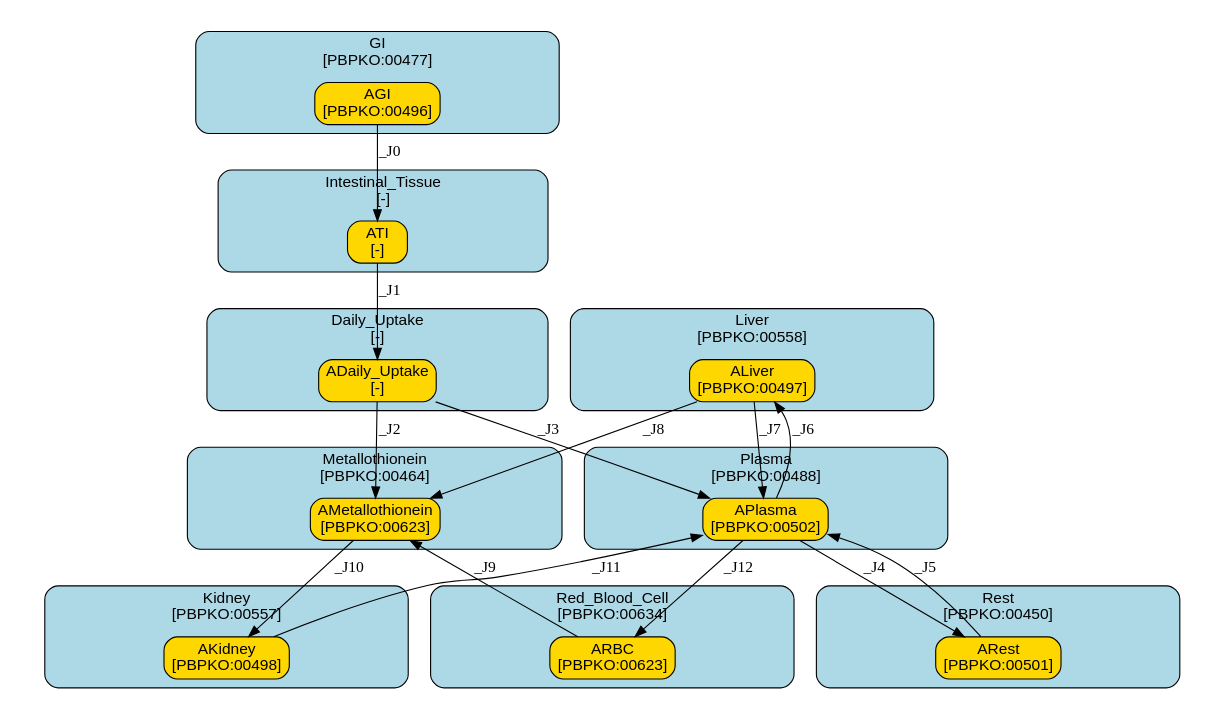
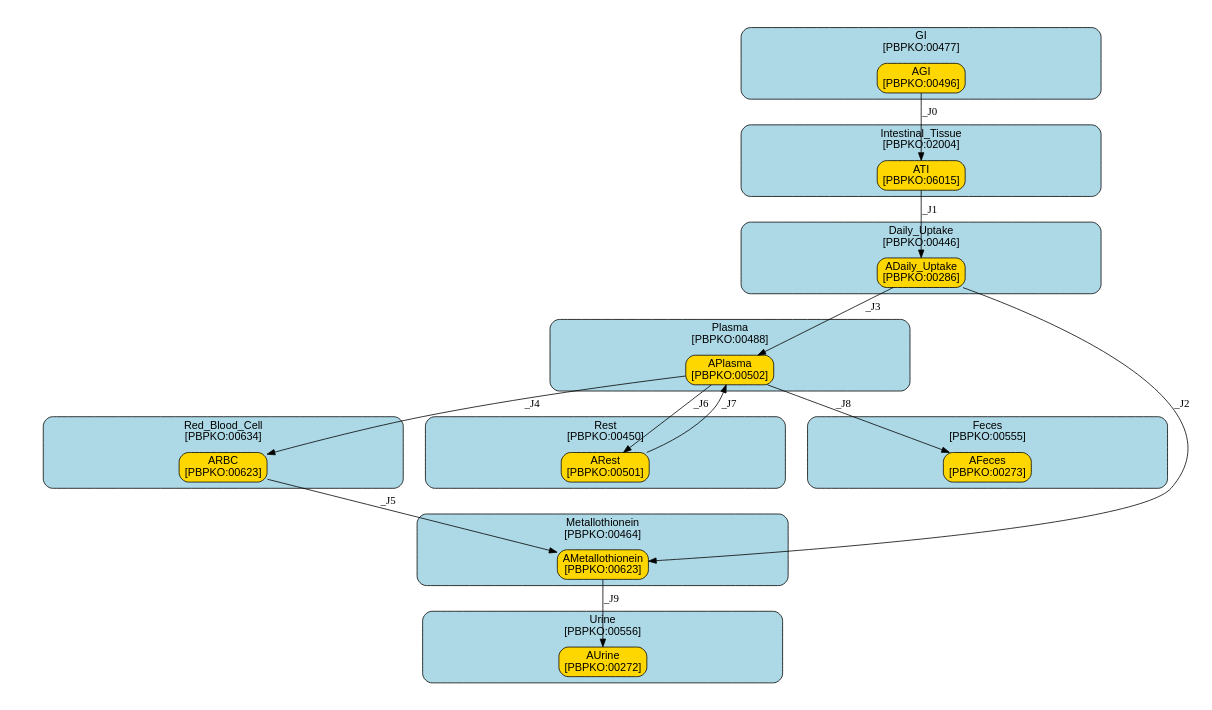
Before and after one commit to fair-pbk/exposure-route-pbk-models: the diagram in models/oral/Heavy Metals/KjellstromNordberg1978/summary.dot, drawn with Graphviz. The commit also changed 174 other files, not shown here.

```diff
--- a/models/oral/Heavy Metals/KjellstromNordberg1978/summary.dot
+++ b/models/oral/Heavy Metals/KjellstromNordberg1978/summary.dot
@@ -1,182 +1,181 @@
 digraph {
 	graph [ratio=fill,
 		size="7,4"
 	];
 	node [fontname=Arial];
 	subgraph cluster_GI {
 		graph [color=black,
 			fillcolor=lightblue,
 			fontname=Arial,
 			href="#compartment-GI",
 			label="GI
 [PBPKO:00477]",
 			shape=box,
 			style="filled,rounded"
 		];
 		AGI	[color=black,
 			fillcolor=gold,
 			href="#species-AGI",
 			label="AGI
 [PBPKO:00496]",
 			shape=box,
 			style="filled,rounded"];
 	}
 	subgraph cluster_Intestinal_Tissue {
 		graph [color=black,
 			fillcolor=lightblue,
 			fontname=Arial,
 			href="#compartment-Intestinal_Tissue",
 			label="Intestinal_Tissue
-[-]",
+[PBPKO:02004]",
 			shape=box,
 			style="filled,rounded"
 		];
 		ATI	[color=black,
 			fillcolor=gold,
 			href="#species-ATI",
 			label="ATI
-[-]",
-			shape=box,
-			style="filled,rounded"];
-	}
-	subgraph cluster_Liver {
-		graph [color=black,
-			fillcolor=lightblue,
-			fontname=Arial,
-			href="#compartment-Liver",
-			label="Liver
-[PBPKO:00558]",
-			shape=box,
-			style="filled,rounded"
-		];
-		ALiver	[color=black,
-			fillcolor=gold,
-			href="#species-ALiver",
-			label="ALiver
-[PBPKO:00497]",
-			shape=box,
-			style="filled,rounded"];
-	}
-	subgraph cluster_Kidney {
-		graph [color=black,
-			fillcolor=lightblue,
-			fontname=Arial,
-			href="#compartment-Kidney",
-			label="Kidney
-[PBPKO:00557]",
-			shape=box,
-			style="filled,rounded"
-		];
-		AKidney	[color=black,
-			fillcolor=gold,
-			href="#species-AKidney",
-			label="AKidney
-[PBPKO:00498]",
+[PBPKO:06015]",
 			shape=box,
 			style="filled,rounded"];
 	}
 	subgraph cluster_Plasma {
 		graph [color=black,
 			fillcolor=lightblue,
 			fontname=Arial,
 			href="#compartment-Plasma",
 			label="Plasma
 [PBPKO:00488]",
 			shape=box,
 			style="filled,rounded"
 		];
 		APlasma	[color=black,
 			fillcolor=gold,
 			href="#species-APlasma",
 			label="APlasma
 [PBPKO:00502]",
 			shape=box,
 			style="filled,rounded"];
 	}
 	subgraph cluster_Red_Blood_Cell {
 		graph [color=black,
 			fillcolor=lightblue,
 			fontname=Arial,
 			href="#compartment-Red_Blood_Cell",
 			label="Red_Blood_Cell
 [PBPKO:00634]",
 			shape=box,
 			style="filled,rounded"
 		];
 		ARBC	[color=black,
 			fillcolor=gold,
 			href="#species-ARBC",
 			label="ARBC
 [PBPKO:00623]",
 			shape=box,
 			style="filled,rounded"];
 	}
 	subgraph cluster_Metallothionein {
 		graph [color=black,
 			fillcolor=lightblue,
 			fontname=Arial,
 			href="#compartment-Metallothionein",
 			label="Metallothionein
 [PBPKO:00464]",
 			shape=box,
 			style="filled,rounded"
 		];
 		AMetallothionein	[color=black,
 			fillcolor=gold,
 			href="#species-AMetallothionein",
 			label="AMetallothionein
 [PBPKO:00623]",
 			shape=box,
 			style="filled,rounded"];
 	}
 	subgraph cluster_Rest {
 		graph [color=black,
 			fillcolor=lightblue,
 			fontname=Arial,
 			href="#compartment-Rest",
 			label="Rest
 [PBPKO:00450]",
 			shape=box,
 			style="filled,rounded"
 		];
 		ARest	[color=black,
 			fillcolor=gold,
 			href="#species-ARest",
 			label="ARest
 [PBPKO:00501]",
 			shape=box,
 			style="filled,rounded"];
 	}
 	subgraph cluster_Daily_Uptake {
 		graph [color=black,
 			fillcolor=lightblue,
 			fontname=Arial,
 			href="#compartment-Daily_Uptake",
 			label="Daily_Uptake
-[-]",
+[PBPKO:00446]",
 			shape=box,
 			style="filled,rounded"
 		];
 		ADaily_Uptake	[color=black,
 			fillcolor=gold,
 			href="#species-ADaily_Uptake",
 			label="ADaily_Uptake
-[-]",
+[PBPKO:00286]",
+			shape=box,
+			style="filled,rounded"];
+	}
+	subgraph cluster_Feces {
+		graph [color=black,
+			fillcolor=lightblue,
+			fontname=Arial,
+			href="#compartment-Feces",
+			label="Feces
+[PBPKO:00555]",
+			shape=box,
+			style="filled,rounded"
+		];
+		AFeces	[color=black,
+			fillcolor=gold,
+			href="#species-AFeces",
+			label="AFeces
+[PBPKO:00273]",
+			shape=box,
+			style="filled,rounded"];
+	}
+	subgraph cluster_Urine {
+		graph [color=black,
+			fillcolor=lightblue,
+			fontname=Arial,
+			href="#compartment-Urine",
+			label="Urine
+[PBPKO:00556]",
+			shape=box,
+			style="filled,rounded"
+		];
+		AUrine	[color=black,
+			fillcolor=gold,
+			href="#species-AUrine",
+			label="AUrine
+[PBPKO:00272]",
 			shape=box,
 			style="filled,rounded"];
 	}
 	AGI -> ATI	[label=_J0,
 		minlen=1];
 	ATI -> ADaily_Uptake	[label=_J1];
-	ALiver -> APlasma	[label=_J7];
-	ALiver -> AMetallothionein	[label=_J8];
-	AKidney -> APlasma	[label=_J11];
-	APlasma -> ALiver	[label=_J6];
-	APlasma -> ARBC	[label=_J12];
-	APlasma -> ARest	[label=_J4];
-	ARBC -> AMetallothionein	[label=_J9];
-	AMetallothionein -> AKidney	[label=_J10];
-	ARest -> APlasma	[label=_J5];
+	APlasma -> ARBC	[label=_J4];
+	APlasma -> ARest	[label=_J6];
+	APlasma -> AFeces	[label=_J8,
+		minlen=1];
+	ARBC -> AMetallothionein	[label=_J5];
+	AMetallothionein -> AUrine	[label=_J9,
+		minlen=1];
+	ARest -> APlasma	[label=_J7];
 	ADaily_Uptake -> APlasma	[label=_J3];
 	ADaily_Uptake -> AMetallothionein	[label=_J2];
 }
```
